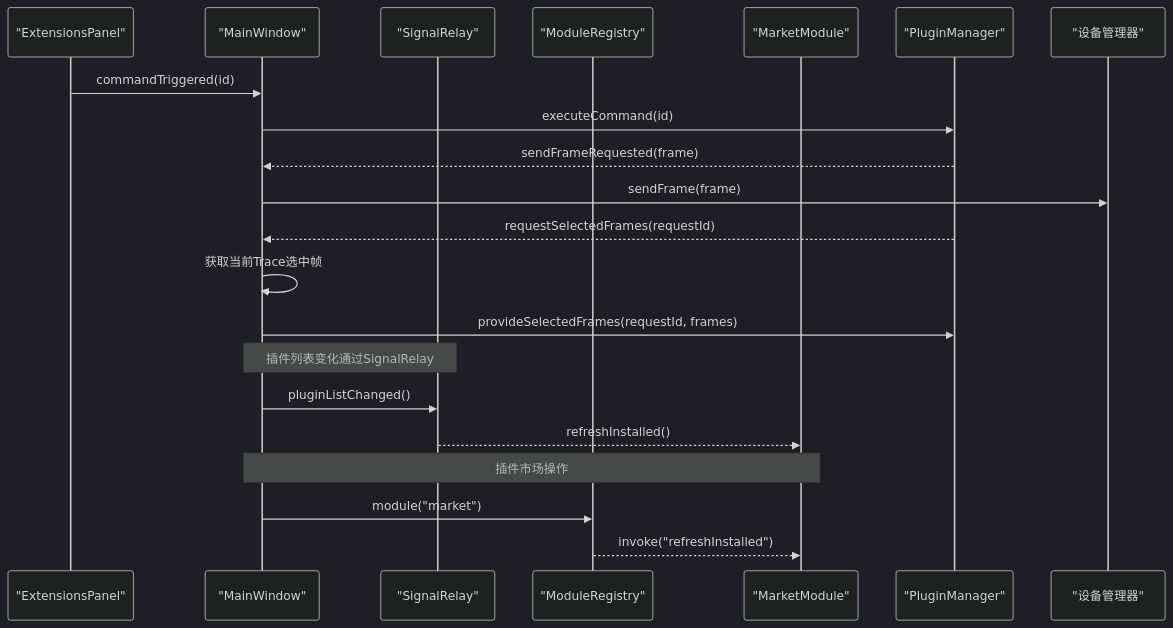
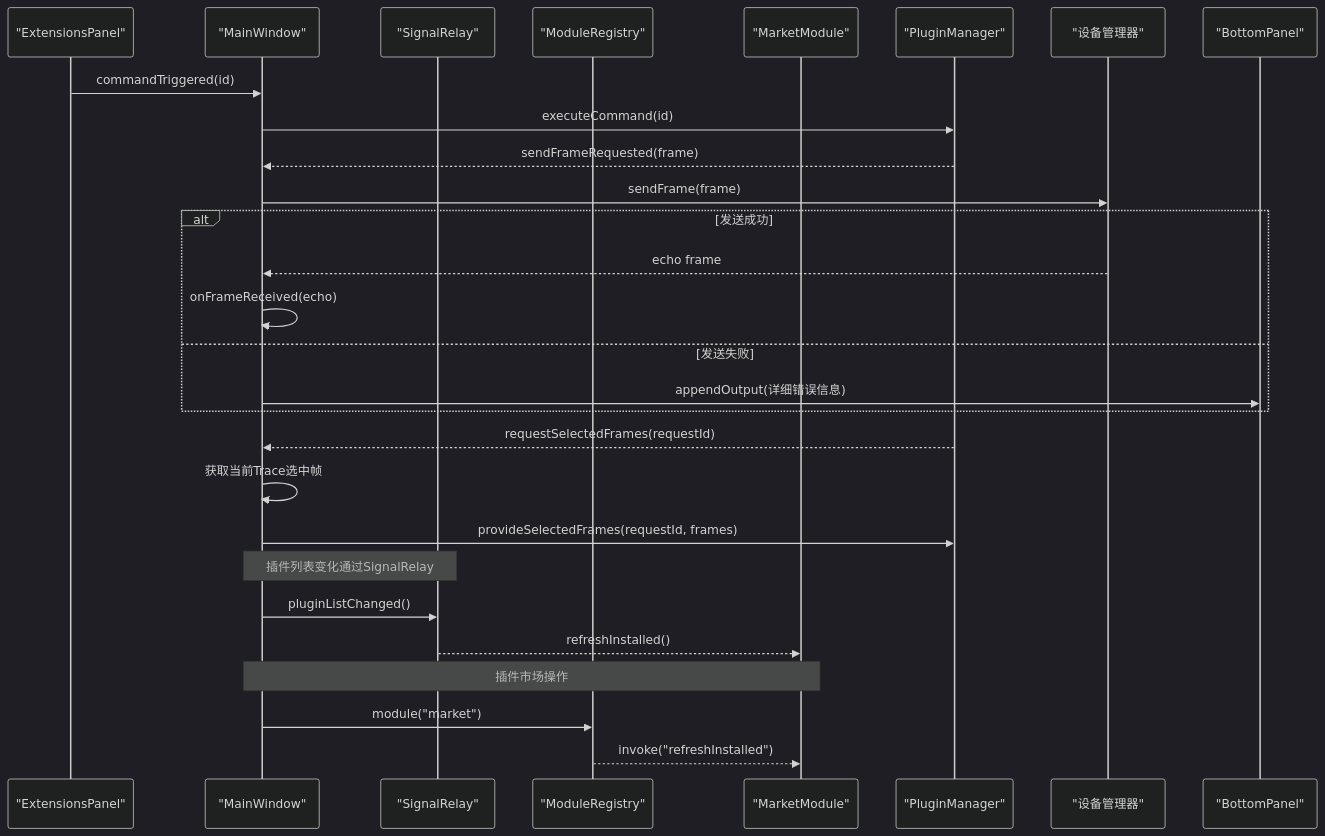
The seventh of 11 diagrams in .qoder/repowiki/zh/content/架构设计/主窗口组件架构.md (jakecai1225-design/OpenBus), drawn with Mermaid (dark theme) before and after one commit. The commit also changed other lines of this file and 24 other files, not shown here.

Commit message:
trace graphic问题修改

````diff
--- a/.qoder/repowiki/zh/content/架构设计/主窗口组件架构.md
+++ b/.qoder/repowiki/zh/content/架构设计/主窗口组件架构.md
@@ -374,23 +413,30 @@
 ```mermaid
 sequenceDiagram
 participant Ext as "ExtensionsPanel"
 participant MW as "MainWindow"
 participant SR as "SignalRelay"
 participant MR as "ModuleRegistry"
 participant MM as "MarketModule"
 participant Plug as "PluginManager"
 participant Dev as "设备管理器"
+participant BP as "BottomPanel"
 Ext->>MW : commandTriggered(id)
 MW->>Plug : executeCommand(id)
 Plug-->>MW : sendFrameRequested(frame)
 MW->>Dev : sendFrame(frame)
+alt 发送成功
+Dev-->>MW : echo frame
+MW->>MW : onFrameReceived(echo)
+else 发送失败
+MW->>BP : appendOutput(详细错误信息)
+end
 Plug-->>MW : requestSelectedFrames(requestId)
 MW->>MW : 获取当前Trace选中帧
 MW->>Plug : provideSelectedFrames(requestId, frames)
 Note over MW,SR : 插件列表变化通过SignalRelay
 MW->>SR : pluginListChanged()
 SR-->>MM : refreshInstalled()
 Note over MW,MM : 插件市场操作
 MW->>MR : module("market")
 MR-->>MM : invoke("refreshInstalled")
 ```
````
